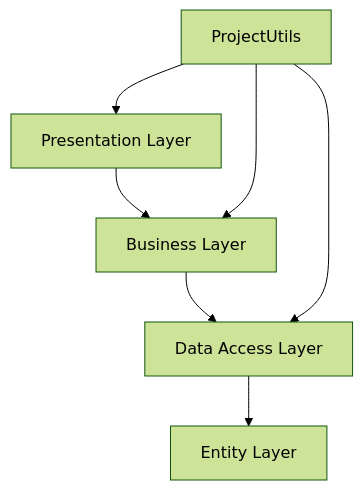
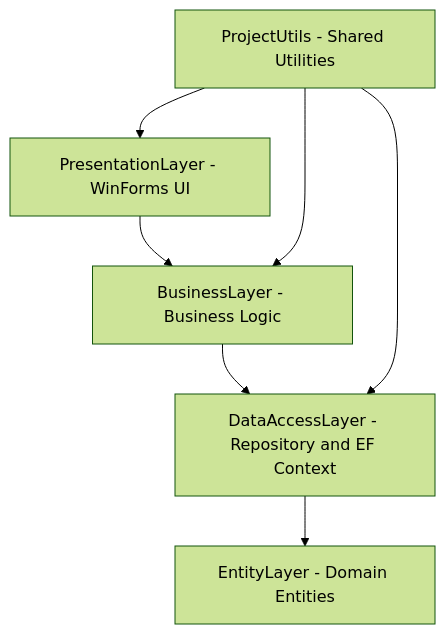
The diagram in README.md (AFurkanOcel/Barn_Management), drawn with Mermaid (forest theme) before and after one commit. The commit also changed other lines of this file and 1 other file, not shown here.

````diff
--- a/README.md
+++ b/README.md
@@ -138,9 +90,9 @@
 ```mermaid
 graph TD
-    A[Presentation Layer] --> B[Business Layer]
-    B --> C[Data Access Layer]
-    C --> D[Entity Layer]
-    E[ProjectUtils] --> A
+    A[PresentationLayer - WinForms UI] --> B[BusinessLayer - Business Logic]
+    B --> C[DataAccessLayer - Repository and EF Context]
+    C --> D[EntityLayer - Domain Entities]
+    E[ProjectUtils - Shared Utilities] --> A
     E --> B
     E --> C
 ```
````
